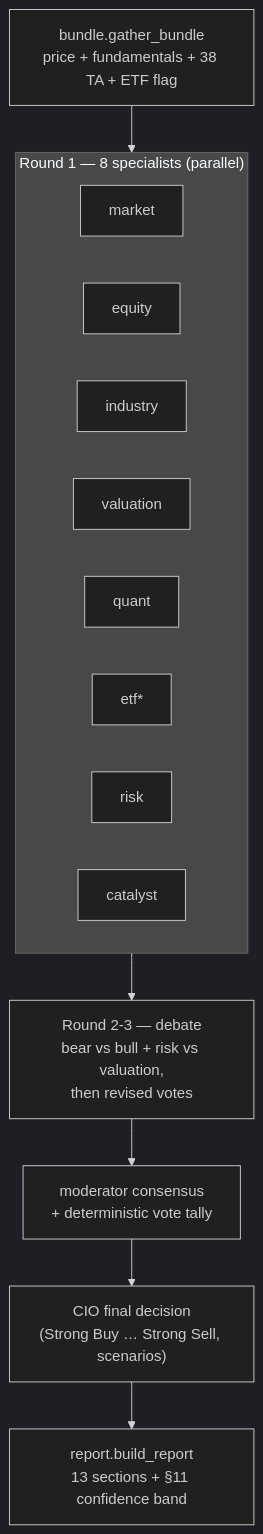
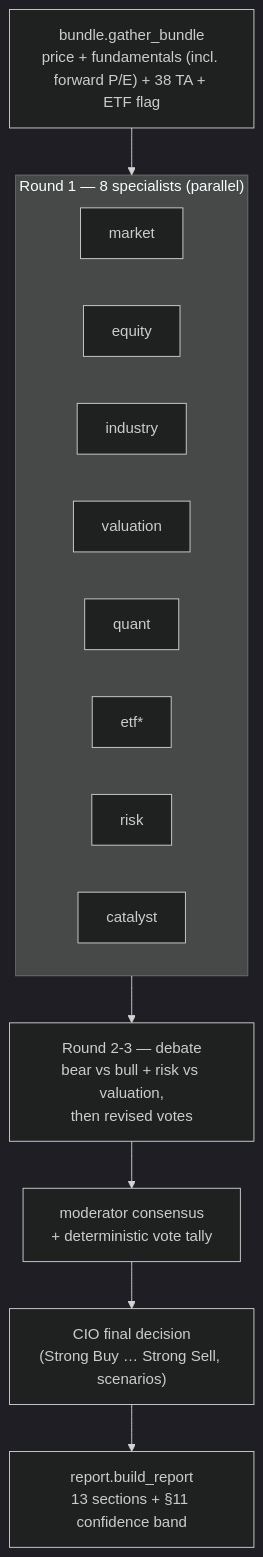
One commit to cloudaipro/CIOAgent changed the fifth of 5 diagrams in docs/TECHNICAL_REPORT.md. Above: the diagram before and after it, drawn with Mermaid (dark theme). The commit also changed other lines of this file and 1 other file, not shown here.

First line of the commit message:
docs: forward P/E, web tools, memory tab, /stop + single-flight

````diff
--- a/docs/TECHNICAL_REPORT.md
+++ b/docs/TECHNICAL_REPORT.md
@@ -236,12 +265,12 @@
 ```mermaid
 flowchart TD
-    BD["bundle.gather_bundle<br/>price + fundamentals + 38 TA + ETF flag"] --> SP
+    BD["bundle.gather_bundle<br/>price + fundamentals (incl. forward P/E) + 38 TA + ETF flag"] --> SP
     subgraph SP["Round 1 — 8 specialists (parallel)"]
         M[market]; E[equity]; I[industry]; V[valuation]
         Q[quant]; ETF[etf*]; R[risk]; C[catalyst]
     end
     SP --> DEB["Round 2-3 — debate<br/>bear vs bull + risk vs valuation,<br/>then revised votes"]
     DEB --> CON["moderator consensus<br/>+ deterministic vote tally"]
     CON --> CIO["CIO final decision<br/>(Strong Buy … Strong Sell, scenarios)"]
     CIO --> REP["report.build_report<br/>13 sections + §11 confidence band"]
 ```
````
